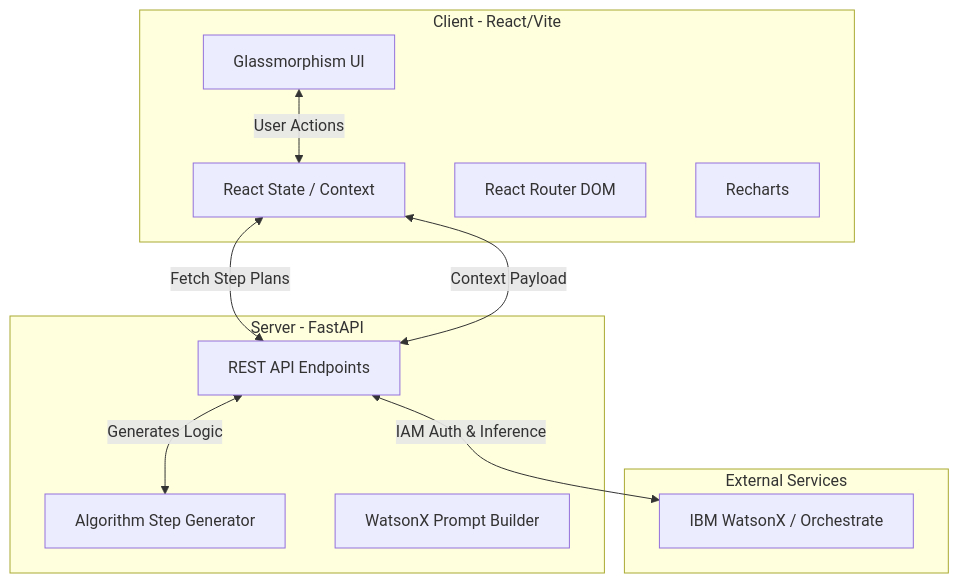
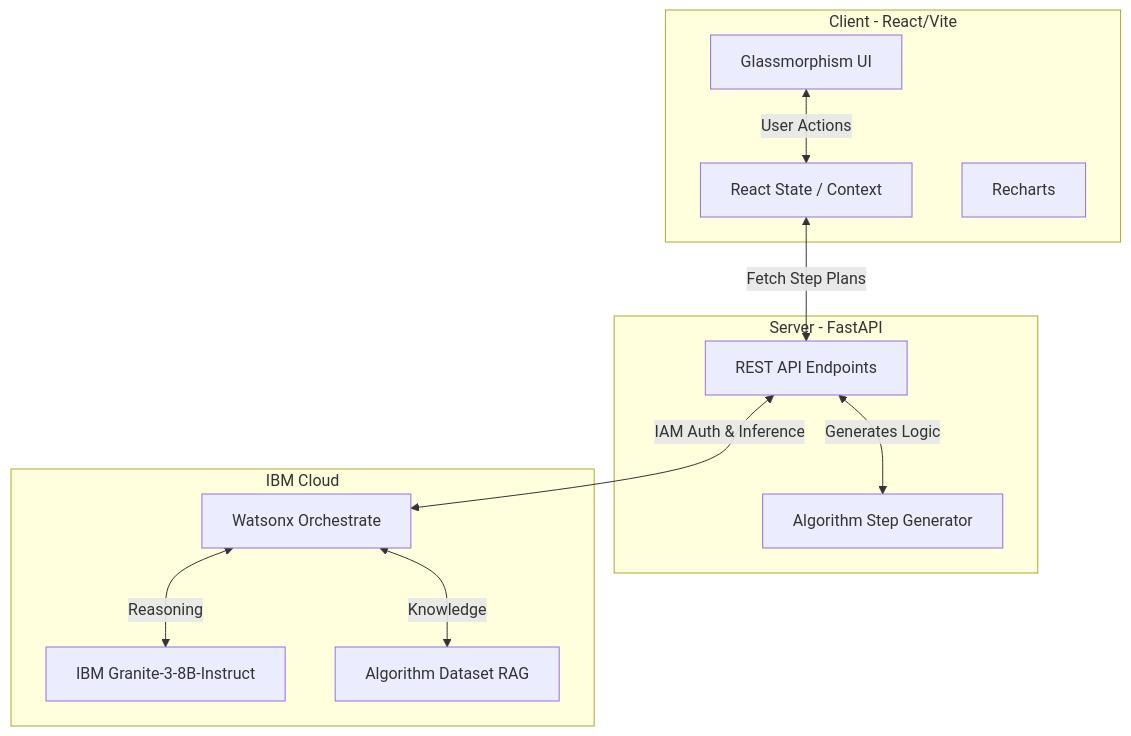
One commit to Whalien08/AlgoVisualizer-AI changed the diagram in README.md. Above: the diagram before and after it, drawn with Mermaid. The commit also changed other lines of this file, not shown here.

````diff
--- a/README.md
+++ b/README.md
@@ -42,25 +42,26 @@
 ```mermaid
 graph TD
     subgraph Frontend [Client - React/Vite]
         UI[Glassmorphism UI]
         State[React State / Context]
-        Router[React Router DOM]
         Charts[Recharts]
     end
 
     subgraph Backend [Server - FastAPI]
         API[REST API Endpoints]
         Engine[Algorithm Step Generator]
-        IBM[WatsonX Prompt Builder]
     end
     
-    subgraph Cloud [External Services]
-        Watson[IBM WatsonX / Orchestrate]
+    subgraph AI_Engine [IBM Cloud]
+        Orchestrate[Watsonx Orchestrate]
+        Granite[IBM Granite-3-8B-Instruct]
+        RAG[Algorithm Dataset RAG]
     end
 
     UI <-->|User Actions| State
     State <-->|Fetch Step Plans| API
     API <-->|Generates Logic| Engine
-    State <-->|Context Payload| API
-    API <-->|IAM Auth & Inference| Watson
+    API <-->|IAM Auth & Inference| Orchestrate
+    Orchestrate <-->|Reasoning| Granite
+    Orchestrate <-->|Knowledge| RAG
 ```
````
